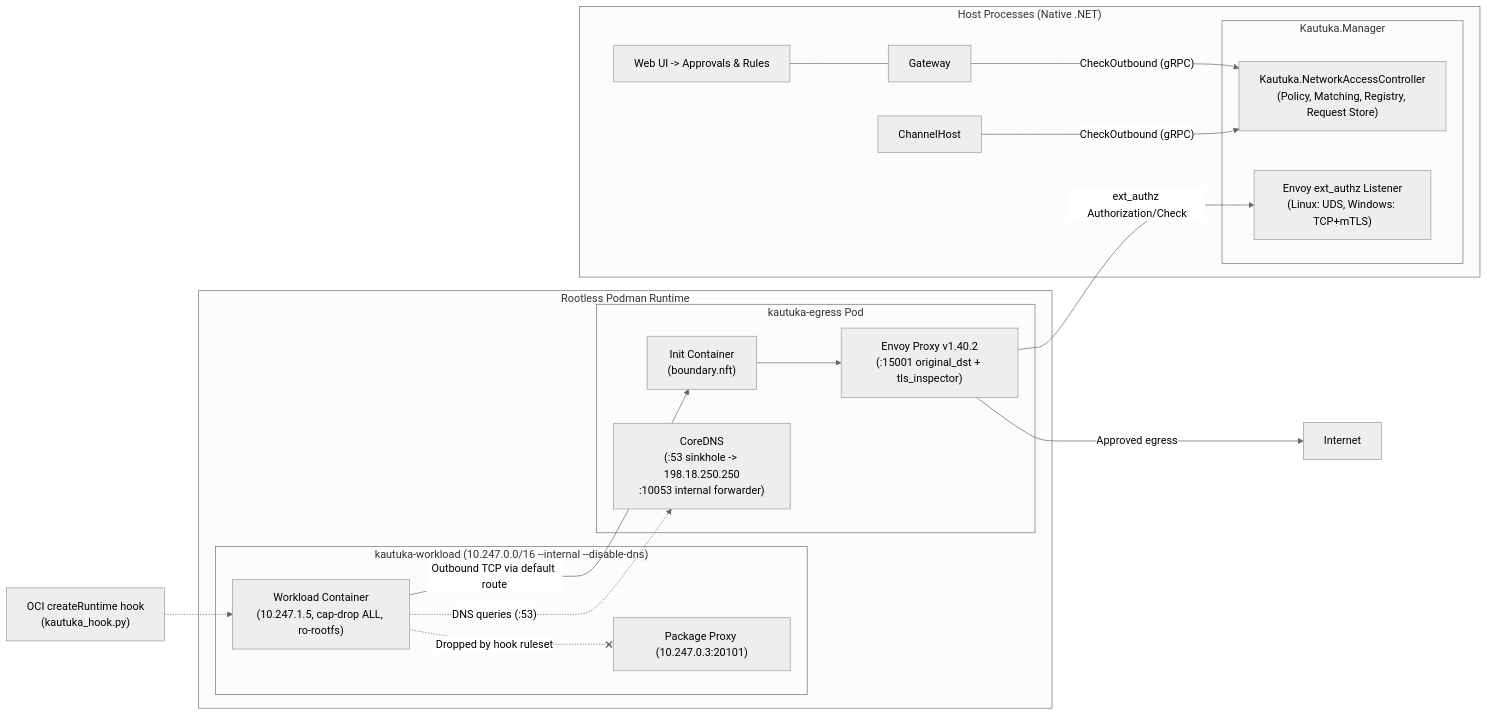
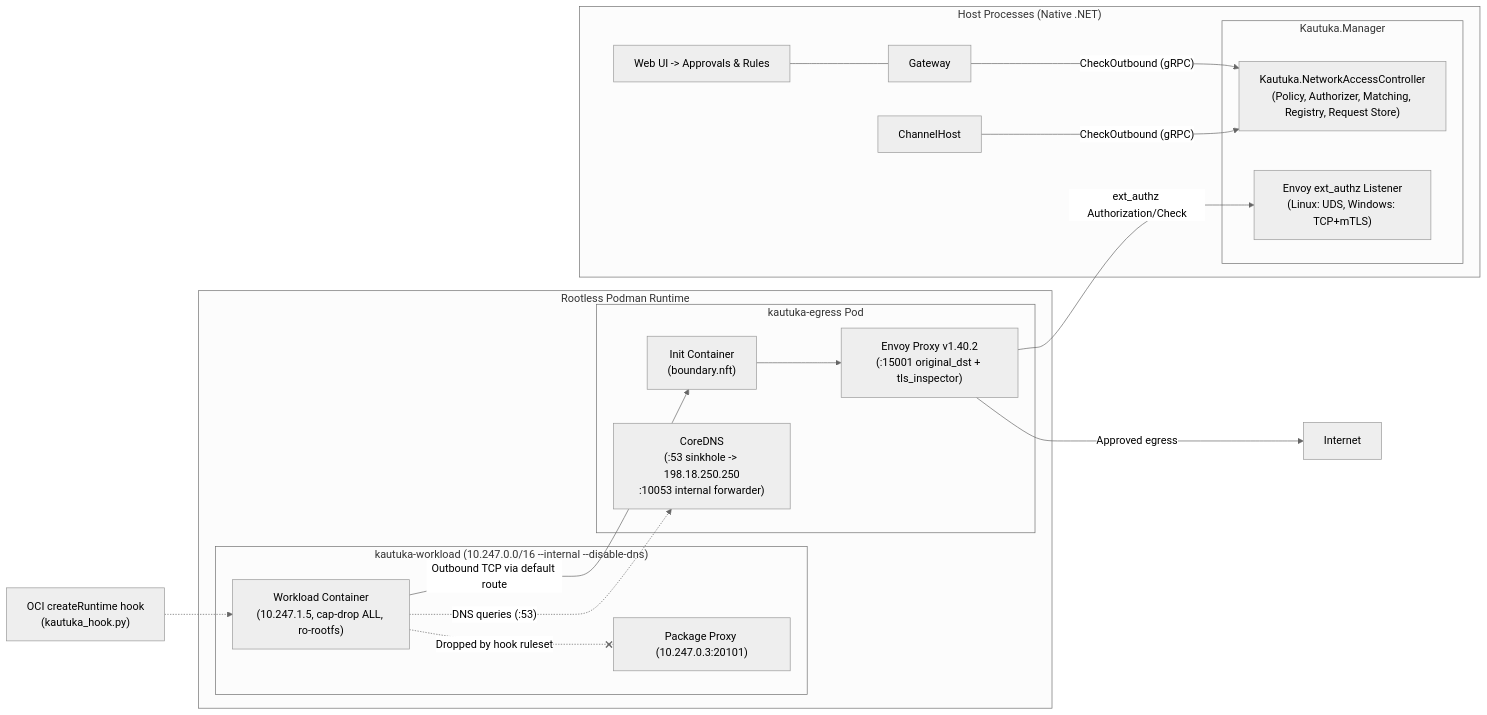
Before and after one commit to devkrity/kautuka: the diagram in docs/operations/network-access.md, drawn with Mermaid (neutral theme). The commit also changed other lines of this file and 2 other files, not shown here.

Commit message:
v7-16: extract NetworkAccessPolicyAuthorizer from NetworkAccessPolicyStore (pure refactor)

````diff
--- a/docs/operations/network-access.md
+++ b/docs/operations/network-access.md
@@ -11,35 +11,35 @@
 ```mermaid
 flowchart LR
   subgraph HOST["Host Processes (Native .NET)"]
     GW["Gateway"]
     CH["ChannelHost"]
     subgraph MGR["Kautuka.Manager"]
-      NAC["Kautuka.NetworkAccessController<br/>(Policy, Matching, Registry, Request Store)"]
+      NAC["Kautuka.NetworkAccessController<br/>(Policy, Authorizer, Matching, Registry, Request Store)"]
       LST["Envoy ext_authz Listener<br/>(Linux: UDS, Windows: TCP+mTLS)"]
     end
     UI["Web UI -> Approvals & Rules"]
   end
 
   GW -->|"CheckOutbound (gRPC)"| NAC
   CH -->|"CheckOutbound (gRPC)"| NAC
   UI --- GW
 
   subgraph PODMAN["Rootless Podman Runtime"]
     subgraph WL["kautuka-workload (10.247.0.0/16 --internal --disable-dns)"]
       W1["Workload Container<br/>(10.247.1.5, cap-drop ALL, ro-rootfs)"]
       PK["Package Proxy (10.247.0.3:20101)"]
     end
     subgraph EG["kautuka-egress Pod"]
       INIT["Init Container<br/>(boundary.nft)"]
       ENV["Envoy Proxy v1.40.2<br/>(:15001 original_dst + tls_inspector)"]
       DNS["CoreDNS<br/>(:53 sinkhole -> 198.18.250.250<br/>:10053 internal forwarder)"]
     end
   end
 
   W1 -->|"Outbound TCP via default route"| INIT --> ENV
   W1 -.->|"DNS queries (:53)"| DNS
   ENV -->|"ext_authz Authorization/Check"| LST
   ENV -->|"Approved egress"| NET["Internet"]
   W1 -.-x|"Dropped by hook ruleset"| PK
   HOOK["OCI createRuntime hook<br/>(kautuka_hook.py)"] -.-> W1
 ```
````
